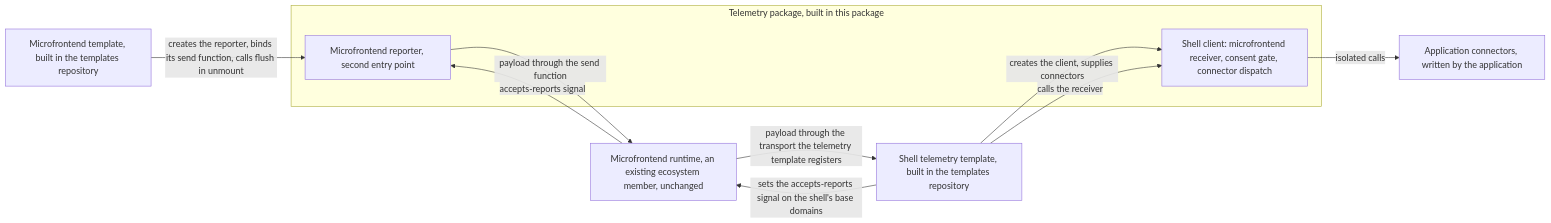
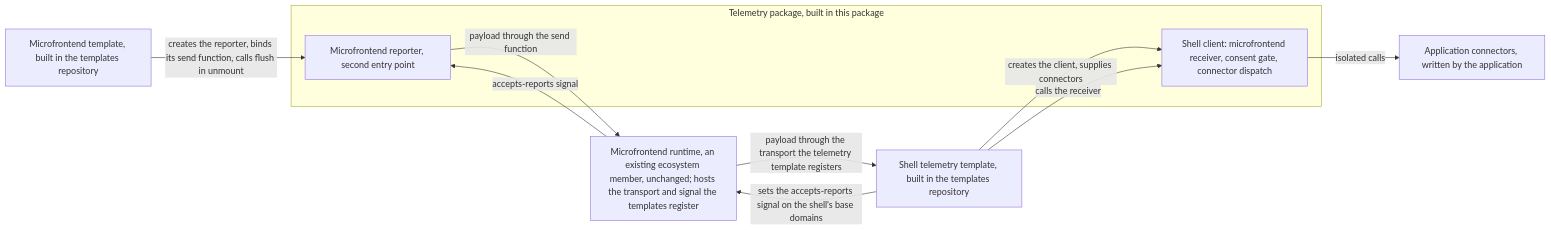
Before and after one commit to tscbmstubp/gears-frontx: the eighth of 8 diagrams in packages/telemetry/architecture/DESIGN.md, drawn with Mermaid. The commit also changed other lines of this file, not shown here.

First line of the commit message:
docs(telemetry): leave the microfrontend bindings' home open

````diff
--- a/packages/telemetry/architecture/DESIGN.md
+++ b/packages/telemetry/architecture/DESIGN.md
@@ -1148,19 +1149,19 @@
 ```mermaid
 graph LR
     subgraph Pkg["Telemetry package, built in this package"]
         Client["Shell client: microfrontend receiver, consent gate, connector dispatch"]
         Reporter["Microfrontend reporter, second entry point"]
     end
     ShellT["Shell telemetry template, built in the templates repository"]
     MfeT["Microfrontend template, built in the templates repository"]
-    Runtime["Microfrontend runtime, an existing ecosystem member, unchanged"]
+    Runtime["Microfrontend runtime, an existing ecosystem member, unchanged; hosts the transport and signal the templates register"]
     Conn["Application connectors, written by the application"]
     ShellT -->|creates the client, supplies connectors| Client
     ShellT -->|sets the accepts-reports signal on the shell's base domains| Runtime
     MfeT -->|creates the reporter, binds its send function, calls flush in unmount| Reporter
     Runtime -->|accepts-reports signal| Reporter
     Reporter -->|payload through the send function| Runtime
     Runtime -->|payload through the transport the telemetry template registers| ShellT
     ShellT -->|calls the receiver| Client
     Client -->|isolated calls| Conn
 ```
````
